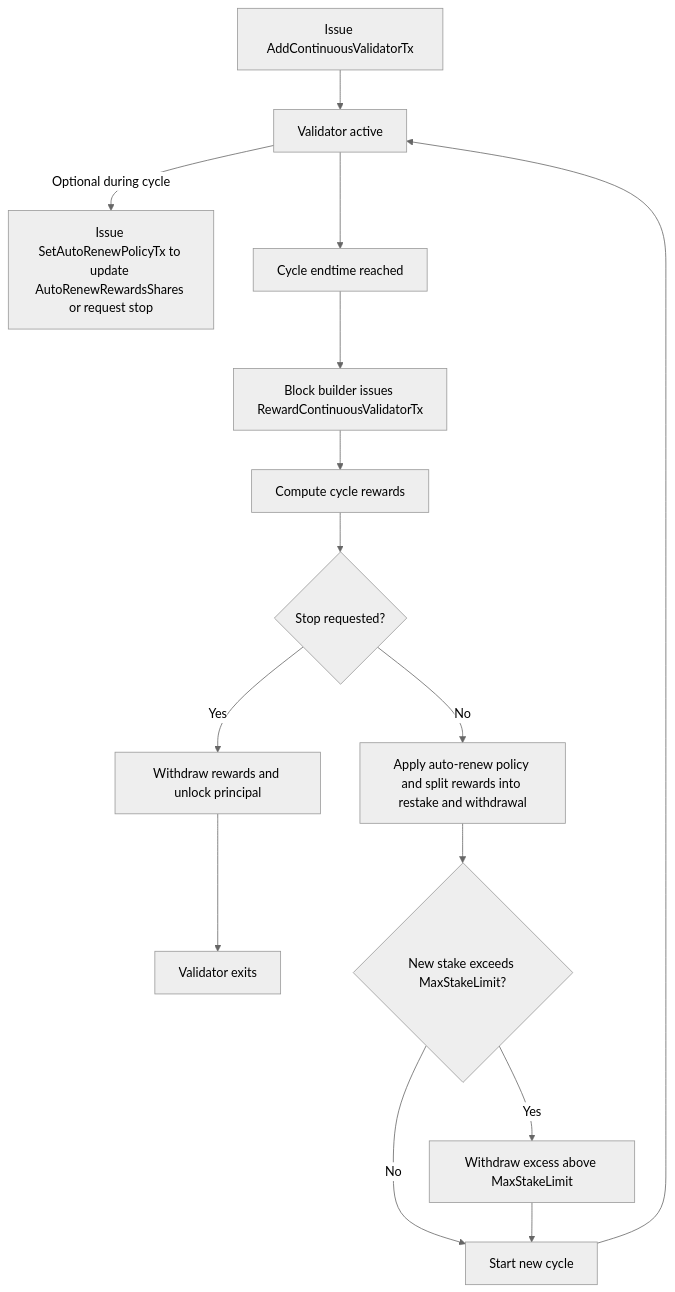
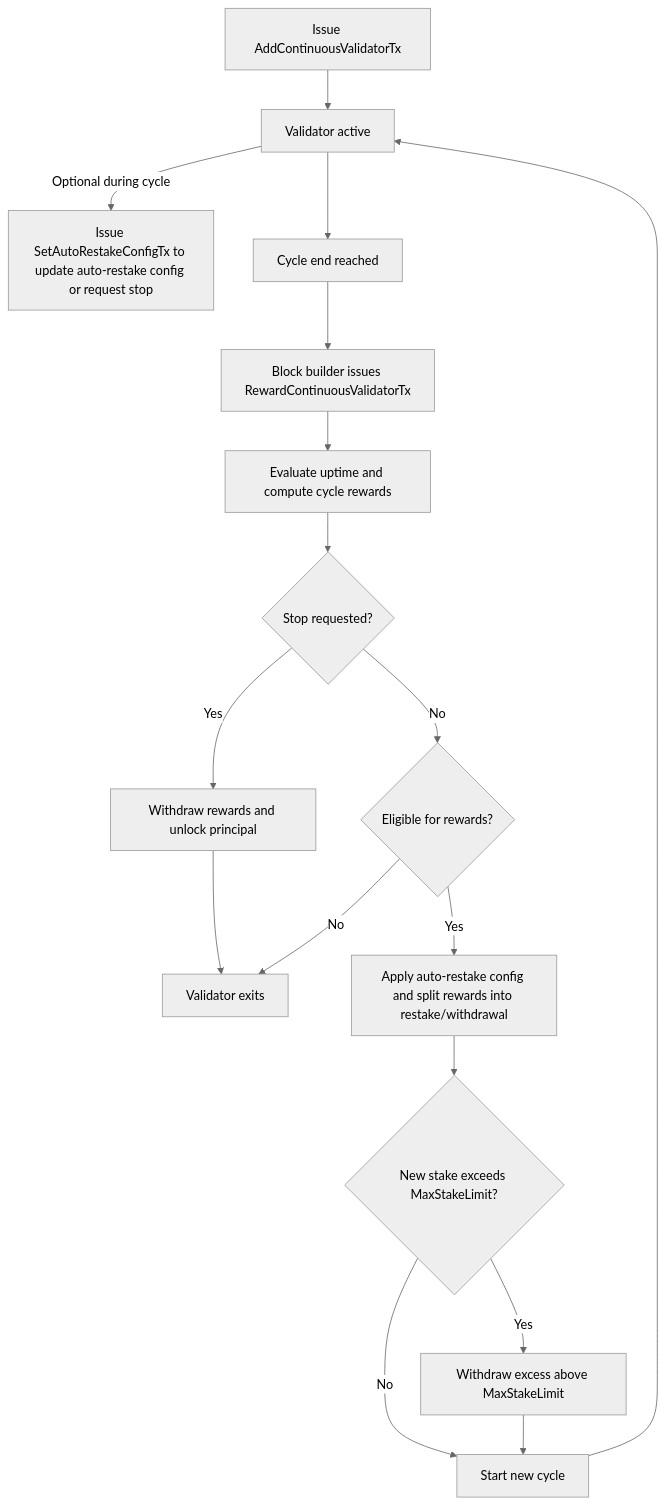
One commit to avalanche-foundation/ACPs changed the diagram in ACPs/236-continuous-staking/README.md. Above: the diagram before and after it, drawn with Mermaid (neutral theme). The commit also changed other lines of this file, not shown here.

Commit message:
period can be changed mid-cycle, excess above MaxStakeLimit is withdrawn, auto-restaking only if eligible for rewards

````diff
--- a/ACPs/236-continuous-staking/README.md
+++ b/ACPs/236-continuous-staking/README.md
@@ -148,21 +159,23 @@
 ```mermaid
 flowchart TD
   A[Issue AddContinuousValidatorTx] --> B[Validator active]
 
-  B -->|Optional during cycle| C[Issue SetAutoRenewPolicyTx to update AutoRenewRewardsShares or request stop]
+  B -->|Optional during cycle| C[Issue SetAutoRestakeConfigTx to update auto-restake config or request stop]
 
-  B --> D[Cycle endtime reached]
+  B --> D[Cycle end reached]
   D --> E[Block builder issues RewardContinuousValidatorTx]
-  E --> F[Compute cycle rewards]
+  E --> F[Evaluate uptime and compute cycle rewards]
   F --> G{Stop requested?}
 
   G -->|Yes| H[Withdraw rewards and unlock principal]
   H --> I[Validator exits]
 
-  G -->|No| J[Apply auto-renew policy and split rewards into restake and withdrawal]
-  J --> K{New stake exceeds MaxStakeLimit?}
-  K -->|Yes| L[Withdraw excess above MaxStakeLimit]
-  K -->|No| N[Start new cycle]
-  L --> N[Start new cycle]
+  G -->|No| J{Eligible for rewards?}
+  J -->|No| I
+  J -->|Yes| K[Apply auto-restake config and split rewards into restake/withdrawal]
+  K --> L{New stake exceeds MaxStakeLimit?}
+  L -->|Yes| M[Withdraw excess above MaxStakeLimit]
+  L -->|No| N[Start new cycle]
+  M --> N[Start new cycle]
   N --> B
 ```
````
